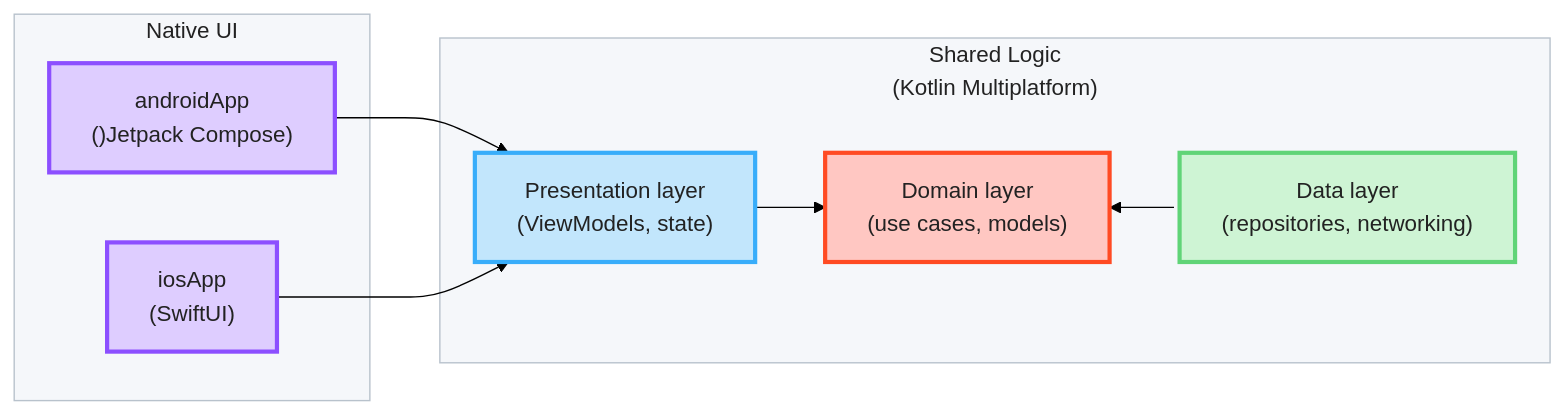
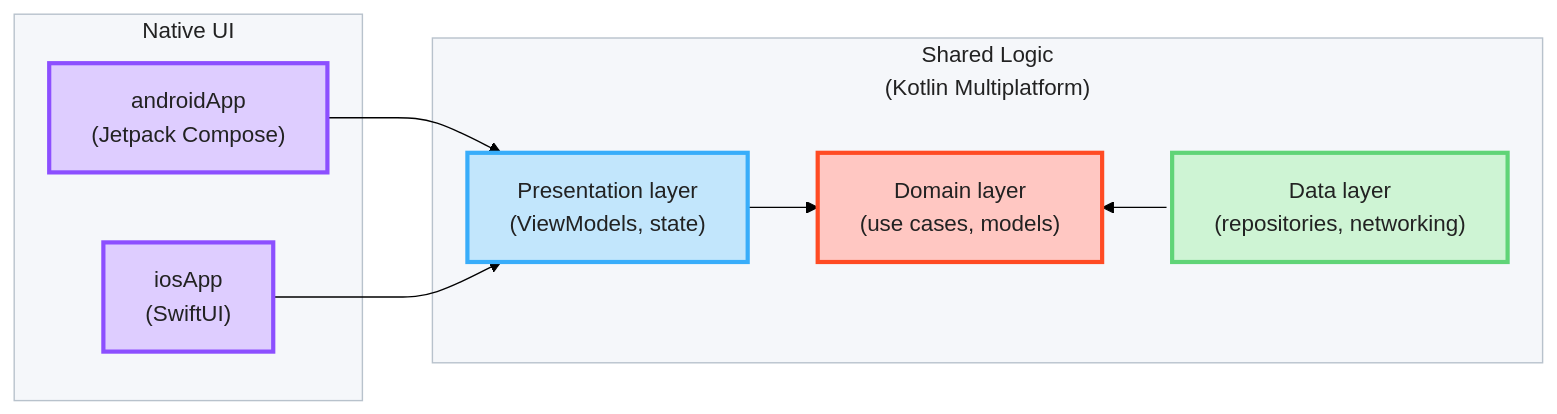
The diagram in README.md (igorwojda/kmp-showcase), drawn with Mermaid (forest theme) before and after one commit. The commit also changed other lines of this file and 75 other files, not shown here.

````diff
--- a/README.md
+++ b/README.md
@@ -136,33 +148,33 @@
 ```mermaid
 flowchart LR
     subgraph native["Native UI"]
-        android["androidApp<br/>()Jetpack Compose)"]
+        android["androidApp<br/>(Jetpack Compose)"]
         ios["iosApp<br/>(SwiftUI)"]
     end
 
     subgraph shared["<div style='text-align:center'>Shared Logic<br/>(Kotlin Multiplatform)</div>"]
         presentation["Presentation layer<br/>(ViewModels, state)"]
         domain["Domain layer<br/>(use cases, models)"]
         data["Data layer<br/>(repositories, networking)"]
     end
 
     android --> presentation
     ios --> presentation
     presentation --> domain
     domain <--> data
 
     linkStyle 3 marker-end:none;
 
     classDef presentationLayer fill:#C2E6FC,stroke:#38ADFA,stroke-width:3px,color:#222222;
     classDef domainLayer fill:#FFC7C2,stroke:#FF4B23,stroke-width:3px,color:#222222;
     classDef dataLayer fill:#CEF4D4,stroke:#60D477,stroke-width:3px,color:#222222;
     classDef nativeLayer fill:#DECDFF,stroke:#8C4FFF,stroke-width:3px,color:#222222;
 
     class presentation presentationLayer;
     class domain domainLayer;
     class data dataLayer;
     class android,ios nativeLayer;
 
     style native fill:#F5F7FA,stroke:#B8C2CC,color:#222222;
     style shared fill:#F5F7FA,stroke:#B8C2CC,color:#222222;
 ```
````
